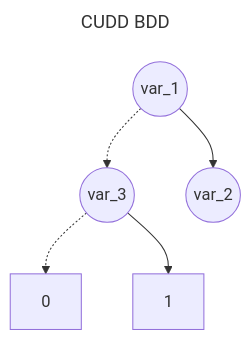
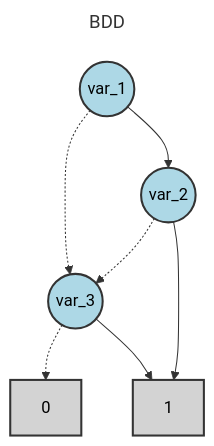
The second of 2 diagrams in test_expressions/cudd_reference_outputs/underscore_vars_analysis.md (Alan-Jowett/bdd_test), drawn with Mermaid before and after one commit. The commit also changed 13 other files, not shown here.

````diff
--- a/test_expressions/cudd_reference_outputs/underscore_vars_analysis.md
+++ b/test_expressions/cudd_reference_outputs/underscore_vars_analysis.md
@@ -46,22 +46,27 @@
 ```mermaid
 ---
-title: CUDD BDD
+title: BDD
 ---
 flowchart TD
-    N0(("var_1"))
-    N1(("var_3"))
-    N2["0"]
-    N3["1"]
-    N4(("var_2"))
+    N0["0"]
+    N1["1"]
+    N2(("var_3"))
+    N3(("var_2"))
+    N4(("var_1"))
 
-    N0 -.-> N1
-    N1 -.-> N2
-    N1 --> N3
-    N0 --> N4
+    N2 -.-> N0
+    N2 --> N1
+    N3 -.-> N2
+    N3 --> N1
+    N4 -.-> N2
+    N4 --> N3
 
-    class N0 default
-    class N1 default
-    class N2 default
-    class N3 default
-    class N4 default
+    class N0 terminal
+    class N1 terminal
+    class N2 bddVariable
+    class N3 bddVariable
+    class N4 bddVariable
+
+    classDef bddVariable fill:lightblue,stroke:#333,stroke-width:2px,color:#000
+    classDef terminal fill:lightgray,stroke:#333,stroke-width:2px,color:#000
 ```
````
